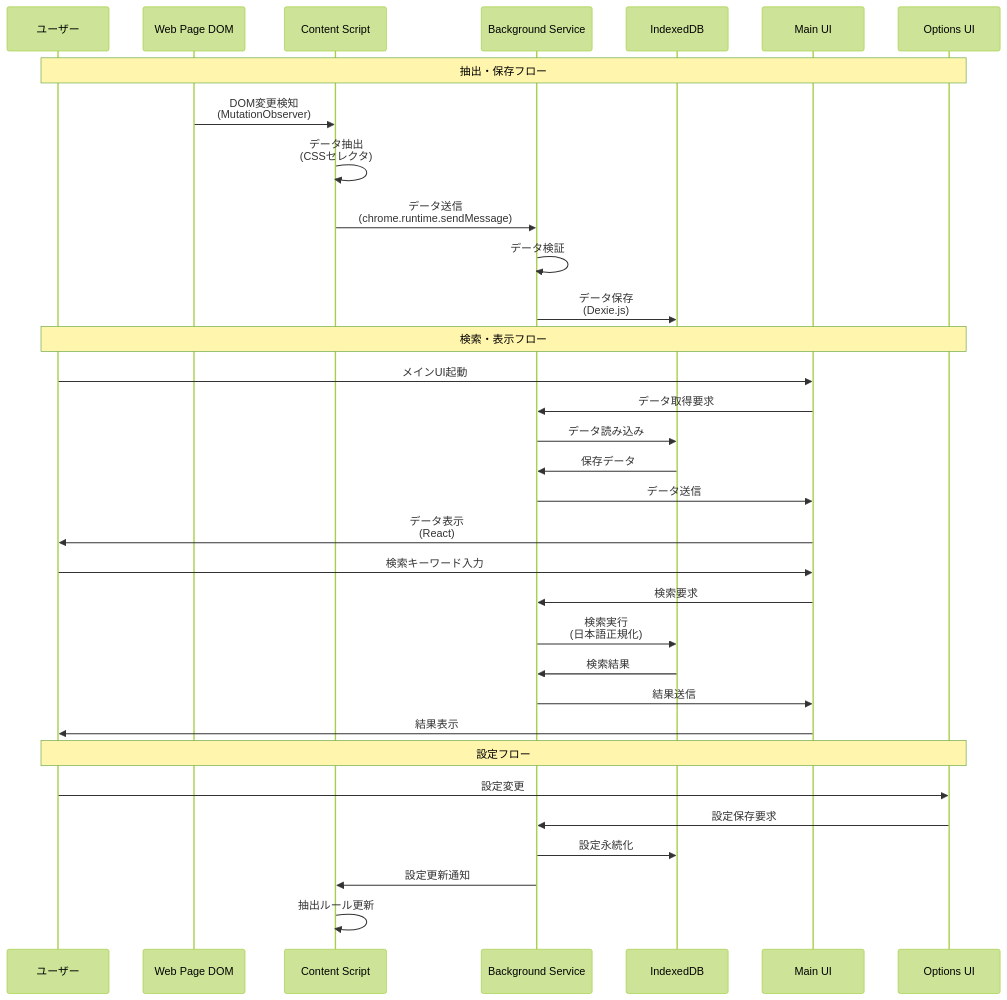
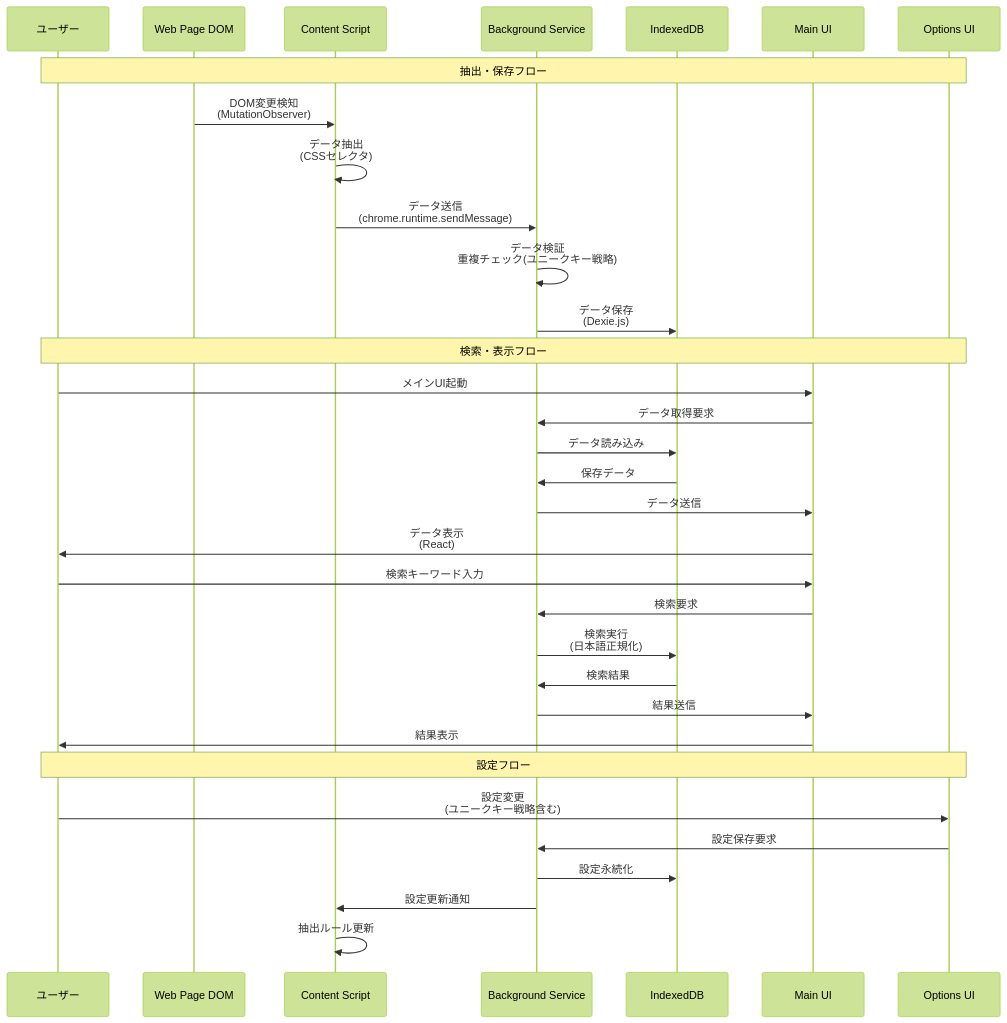
One commit to okathira-dev/kansu-infinite-scroll-archiver changed the second of 4 diagrams in docs/implementation_guide.md. Above: the diagram before and after it, drawn with Mermaid (forest theme). The commit also changed other lines of this file and 2 other files, not shown here.

````diff
--- a/docs/implementation_guide.md
+++ b/docs/implementation_guide.md
@@ -160,39 +160,39 @@
 ```mermaid
 sequenceDiagram
     participant User as ユーザー
     participant DOM as Web Page DOM
     participant CS as Content Script
     participant BG as Background Service
     participant DB as IndexedDB
     participant UI as Main UI
     participant Options as Options UI
     
     note over User, Options: 抽出・保存フロー
     DOM->>CS: DOM変更検知<br/>(MutationObserver)
     CS->>CS: データ抽出<br/>(CSSセレクタ)
     CS->>BG: データ送信<br/>(chrome.runtime.sendMessage)
-    BG->>BG: データ検証
+    BG->>BG: データ検証<br/>重複チェック(ユニークキー戦略)
     BG->>DB: データ保存<br/>(Dexie.js)
     
     note over User, Options: 検索・表示フロー
     User->>UI: メインUI起動
     UI->>BG: データ取得要求
     BG->>DB: データ読み込み
     DB->>BG: 保存データ
     BG->>UI: データ送信
     UI->>User: データ表示<br/>(React)
     
     User->>UI: 検索キーワード入力
     UI->>BG: 検索要求
     BG->>DB: 検索実行<br/>(日本語正規化)
     DB->>BG: 検索結果
     BG->>UI: 結果送信
     UI->>User: 結果表示
     
     note over User, Options: 設定フロー
-    User->>Options: 設定変更
+    User->>Options: 設定変更<br/>(ユニークキー戦略含む)
     Options->>BG: 設定保存要求
     BG->>DB: 設定永続化
     BG->>CS: 設定更新通知
     CS->>CS: 抽出ルール更新
 ```
````
